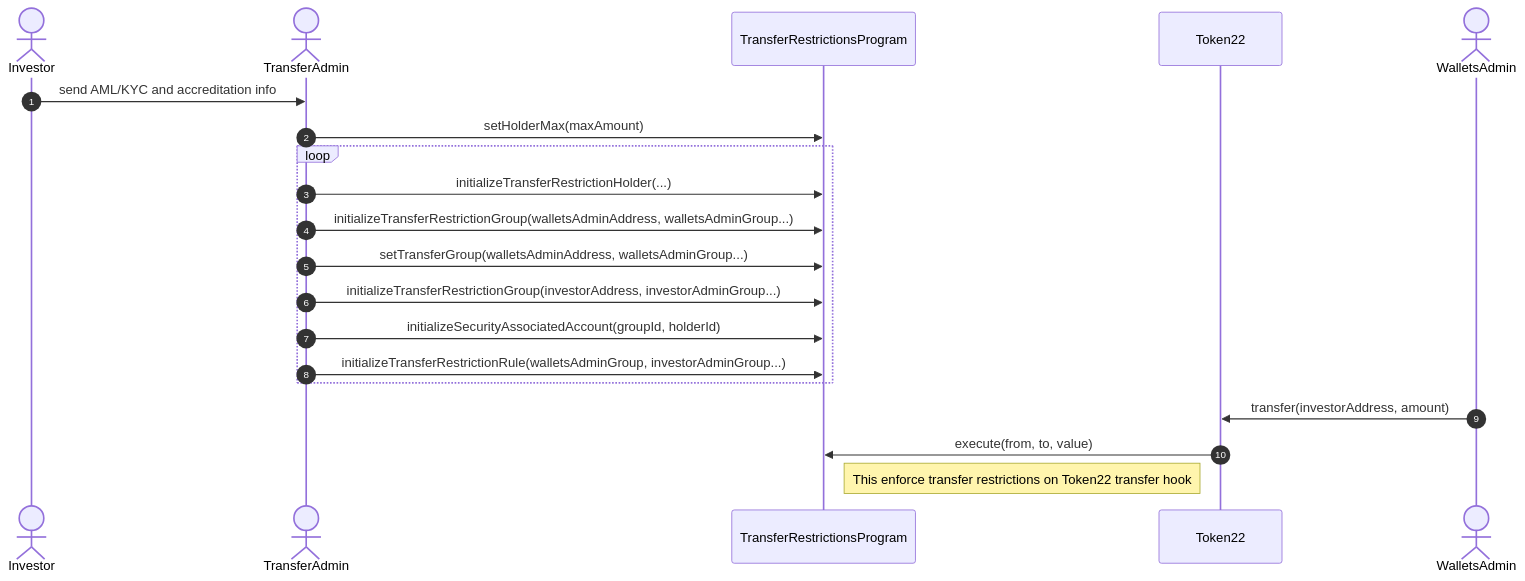
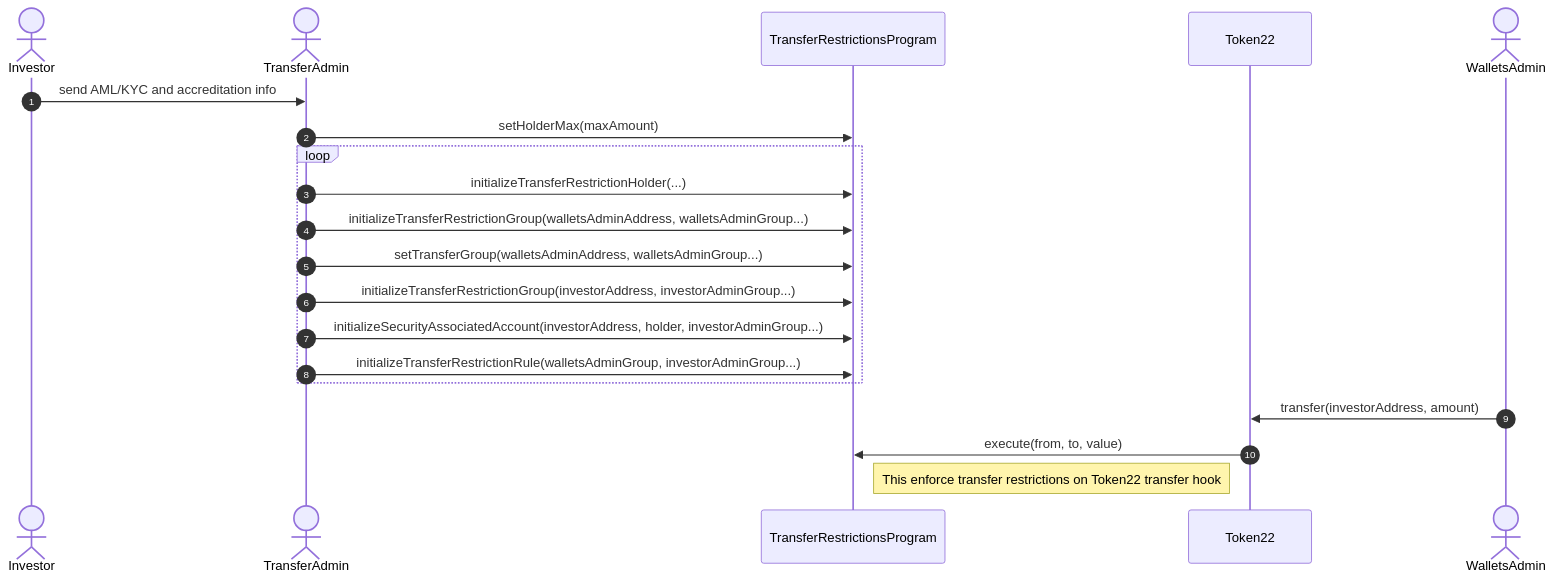
Before and after one commit to upsideos/upsideos-solana-rwa: the fourth of 7 diagrams in README.md, drawn with Mermaid. The commit also changed other lines of this file, not shown here.

````diff
--- a/README.md
+++ b/README.md
@@ -468,25 +468,25 @@
 ```mermaid
 sequenceDiagram
   autonumber
   actor Investor
   actor TransferAdmin
 
   participant TransferRestrictionsProgram
   participant Token22
 
   actor WalletsAdmin
 
   Investor ->> TransferAdmin: send AML/KYC and accreditation info
   TransferAdmin ->> TransferRestrictionsProgram: setHolderMax(maxAmount)
   loop
     TransferAdmin ->> TransferRestrictionsProgram: initializeTransferRestrictionHolder(...)
     TransferAdmin ->> TransferRestrictionsProgram: initializeTransferRestrictionGroup(walletsAdminAddress, walletsAdminGroup...)
     TransferAdmin ->> TransferRestrictionsProgram: setTransferGroup(walletsAdminAddress, walletsAdminGroup...)
     TransferAdmin ->> TransferRestrictionsProgram: initializeTransferRestrictionGroup(investorAddress, investorAdminGroup...)
-    TransferAdmin ->> TransferRestrictionsProgram: initializeSecurityAssociatedAccount(groupId, holderId)
+    TransferAdmin ->> TransferRestrictionsProgram: initializeSecurityAssociatedAccount(investorAddress, holder, investorAdminGroup...)
     TransferAdmin ->> TransferRestrictionsProgram: initializeTransferRestrictionRule(walletsAdminGroup, investorAdminGroup...)
   end
   WalletsAdmin ->> Token22: transfer(investorAddress, amount)
   Token22 ->> TransferRestrictionsProgram: execute(from, to, value)
   Note right of TransferRestrictionsProgram: This enforce transfer restrictions on Token22 transfer hook
 ```
````
